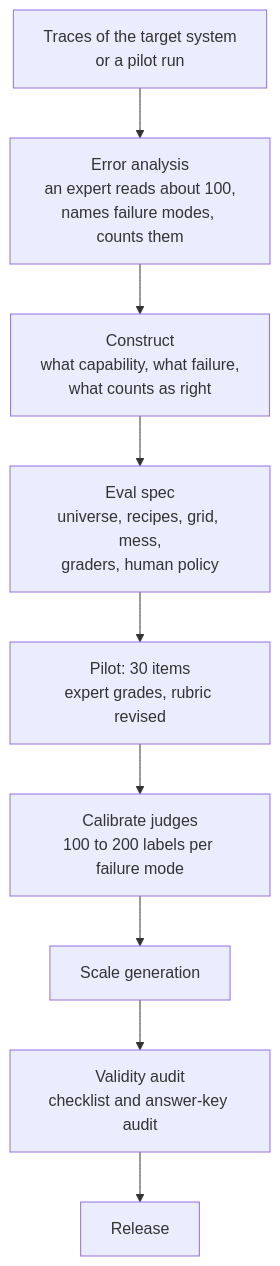
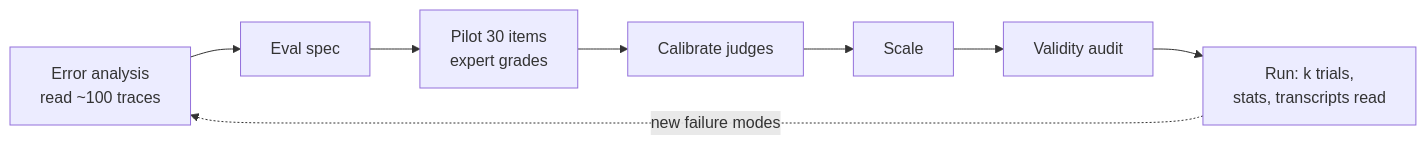
Before and after one commit to nbdesai1992/orbifex: the eighth of 10 diagrams in README.md, drawn with Mermaid. The commit also changed other lines of this file and 6 other files, not shown here.

````diff
--- a/README.md
+++ b/README.md
@@ -409,11 +349,10 @@
 ```mermaid
-flowchart TD
-  T["Traces of the target system<br/>or a pilot run"] --> EA["Error analysis<br/>an expert reads about 100,<br/>names failure modes, counts them"]
-  EA --> CT["Construct<br/>what capability, what failure,<br/>what counts as right"]
-  CT --> SP["Eval spec<br/>universe, recipes, grid, mess,<br/>graders, human policy"]
-  SP --> PI["Pilot: 30 items<br/>expert grades, rubric revised"]
-  PI --> CAL["Calibrate judges<br/>100 to 200 labels per failure mode"]
-  CAL --> SC["Scale generation"]
-  SC --> AU["Validity audit<br/>checklist and answer-key audit"]
-  AU --> REL["Release"]
+flowchart LR
+  E["Error analysis<br/>read ~100 traces"] --> S["Eval spec"]
+  S --> PI["Pilot 30 items<br/>expert grades"]
+  PI --> CA["Calibrate judges"]
+  CA --> SC["Scale"]
+  SC --> AU["Validity audit"]
+  AU --> RU["Run: k trials,<br/>stats, transcripts read"]
+  RU -. "new failure modes" .-> E
 ```
````
